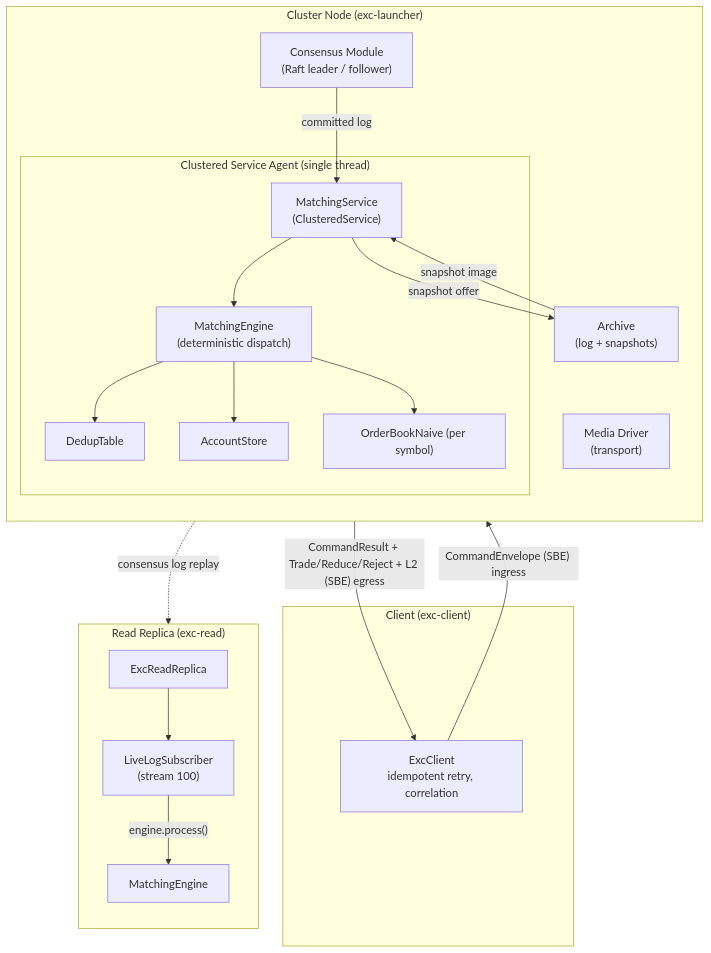
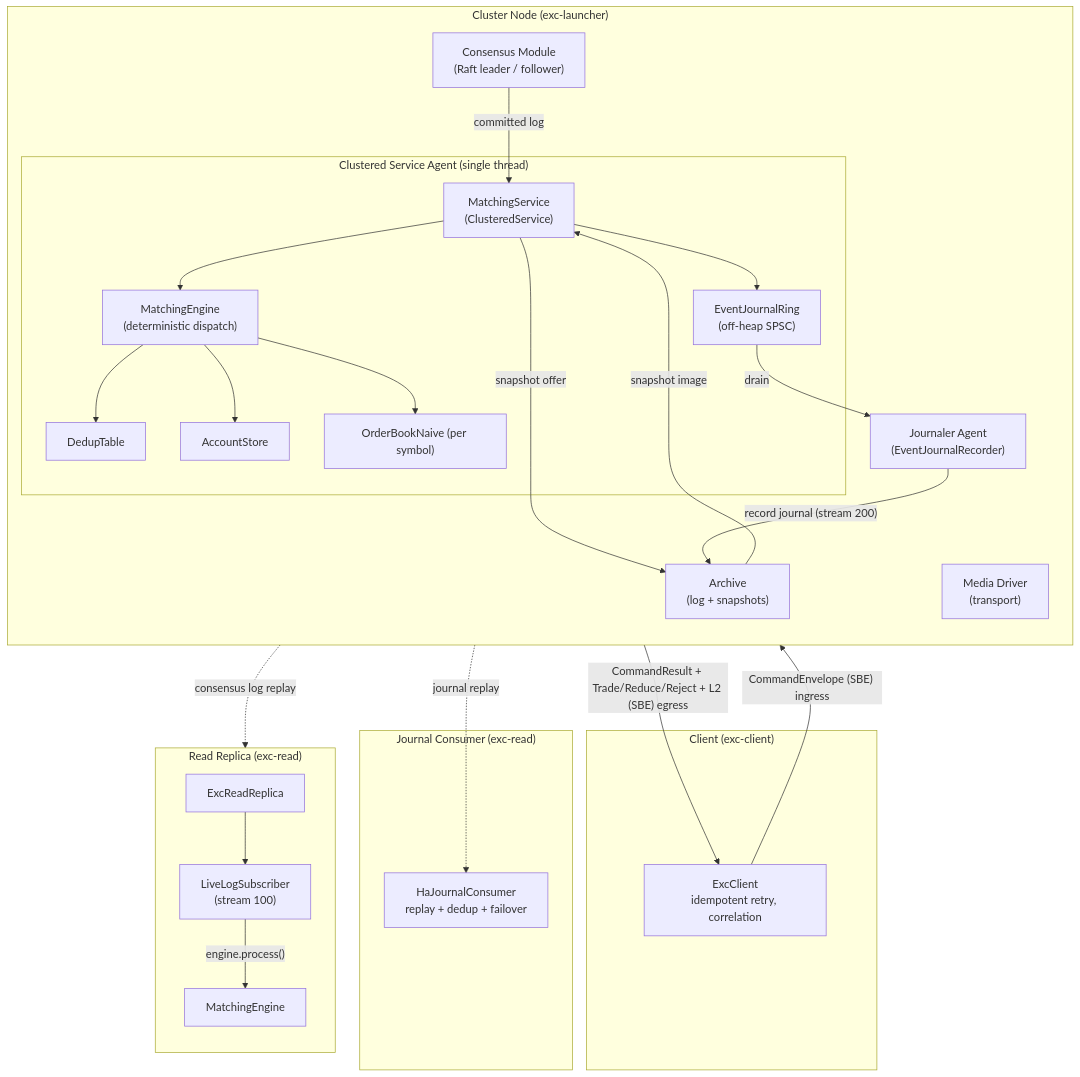
Before and after one commit to brianpht/excoredum: the first of 7 diagrams in docs/ARCHITECTURE.md, drawn with Mermaid. The commit also changed other lines of this file and 1 other file, not shown here.

Commit message:
docs: Update architecture and readme for fees, user status, and event journal

````diff
--- a/docs/ARCHITECTURE.md
+++ b/docs/ARCHITECTURE.md
@@ -142,40 +154,50 @@
 ```mermaid
 flowchart TB
     subgraph CLIENTSIDE["Client (exc-client)"]
         CLIENT["ExcClient\nidempotent retry, correlation"]
     end
 
     subgraph NODE["Cluster Node (exc-launcher)"]
         direction TB
         MD["Media Driver\n(transport)"]
         CM["Consensus Module\n(Raft leader / follower)"]
         AR["Archive\n(log + snapshots)"]
         subgraph SC["Clustered Service Agent (single thread)"]
             MS["MatchingService\n(ClusteredService)"]
             ME["MatchingEngine\n(deterministic dispatch)"]
             DT["DedupTable"]
             AC["AccountStore"]
             OB["OrderBookNaive (per symbol)"]
+            RING["EventJournalRing\n(off-heap SPSC)"]
             MS --> ME
             ME --> DT
             ME --> AC
             ME --> OB
+            MS --> RING
         end
+        JR["Journaler Agent\n(EventJournalRecorder)"]
         CM -->|" committed log "| MS
         MS -->|" snapshot offer "| AR
         AR -->|" snapshot image "| MS
+        RING -->|" drain "| JR
+        JR -->|" record journal (stream 200) "| AR
+    end
+
+    subgraph JCON["Journal Consumer (exc-read)"]
+        HJC["HaJournalConsumer\nreplay + dedup + failover"]
     end
 
     subgraph READ["Read Replica (exc-read)"]
         direction TB
         RR["ExcReadReplica"]
         LLS["LiveLogSubscriber\n(stream 100)"]
         ME2["MatchingEngine"]
         LLS -->|" engine.process() "| ME2
         RR --> LLS
     end
 
     CLIENT -->|" CommandEnvelope (SBE) ingress "| CM
     MS -->|" CommandResult + Trade/Reduce/Reject + L2 (SBE) egress "| CLIENT
     AR -.->|" consensus log replay "| LLS
+    AR -.->|" journal replay "| HJC
 ```
````
